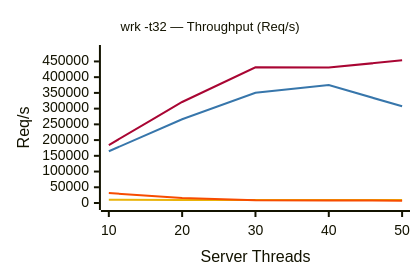
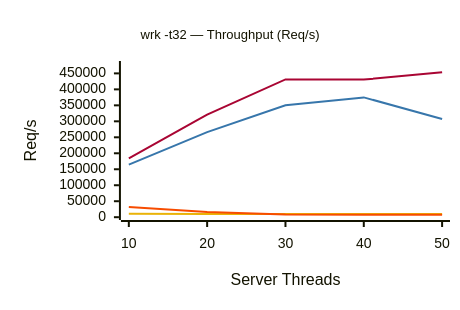
The third of 4 diagrams in README.md (erlpython/epython), drawn with Mermaid before and after one commit. The commit also changed other lines of this file, not shown here.

````diff
--- a/README.md
+++ b/README.md
@@ -113,20 +124,30 @@
 ```mermaid
 ---
 config:
   xyChart:
-    width: 400
-    height: 260
+    width: 440
+    height: 290
     titleFontSize: 13
+    titlePadding: 18
+    xAxis:
+      labelPadding: 8
+      titlePadding: 12
+    yAxis:
+      labelPadding: 8
+      titlePadding: 12
   themeVariables:
     xyChart:
+      backgroundColor: "transparent"
       plotColorPalette: "#A90533, #3776AB, #EAB308, #F74C00"
+  themeCSS: |
+    .main { transform: translate(6px, 14px) scale(0.82, 0.88); transform-origin: 0 0; }
 ---
 xychart-beta
     title "wrk -t32 — Throughput (Req/s)"
     x-axis "Server Threads" ["10", "20", "30", "40", "50"]
     y-axis "Req/s" 0 --> 480000
     line [184046, 321100, 431185, 430525, 453398]
     line [164565, 266210, 350290, 374877, 307368]
     line [10449, 9926, 9869, 9755, 9731]
     line [31577, 15961, 8610, 7934, 7433]
 ```
````
